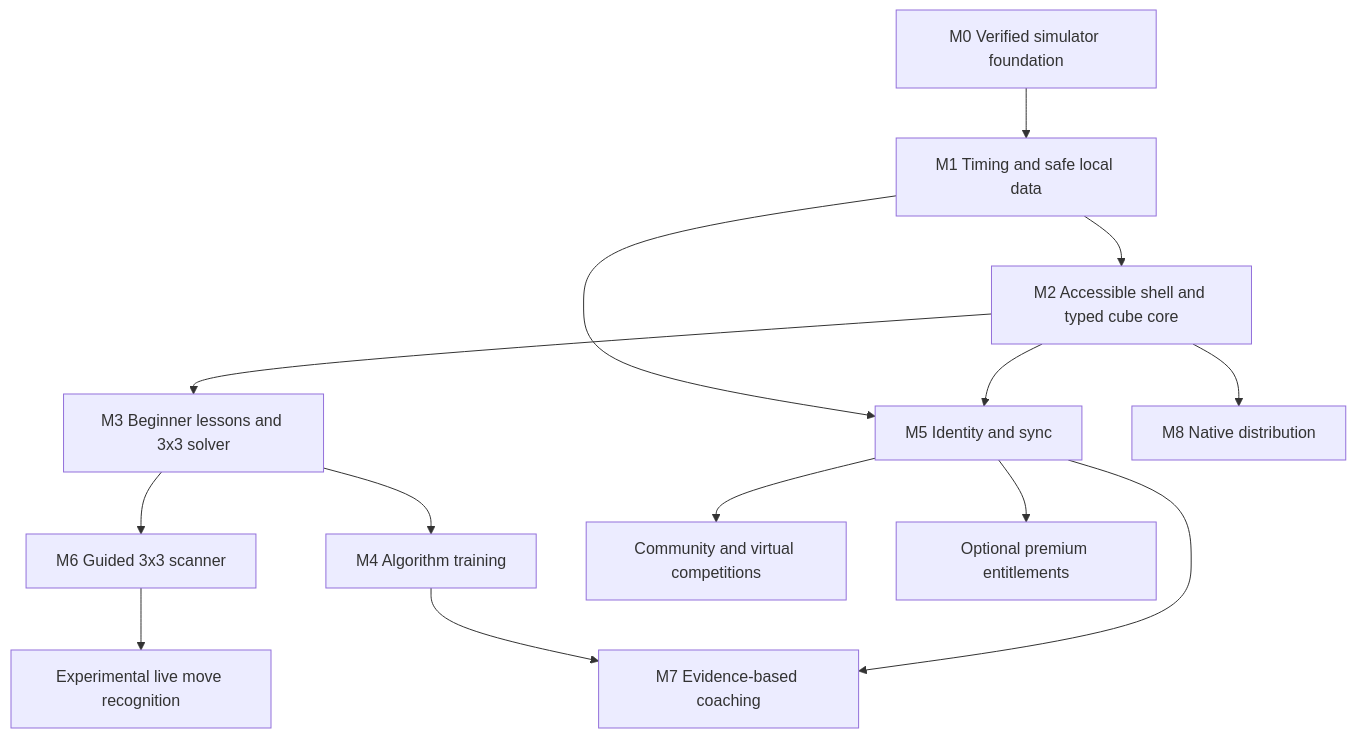
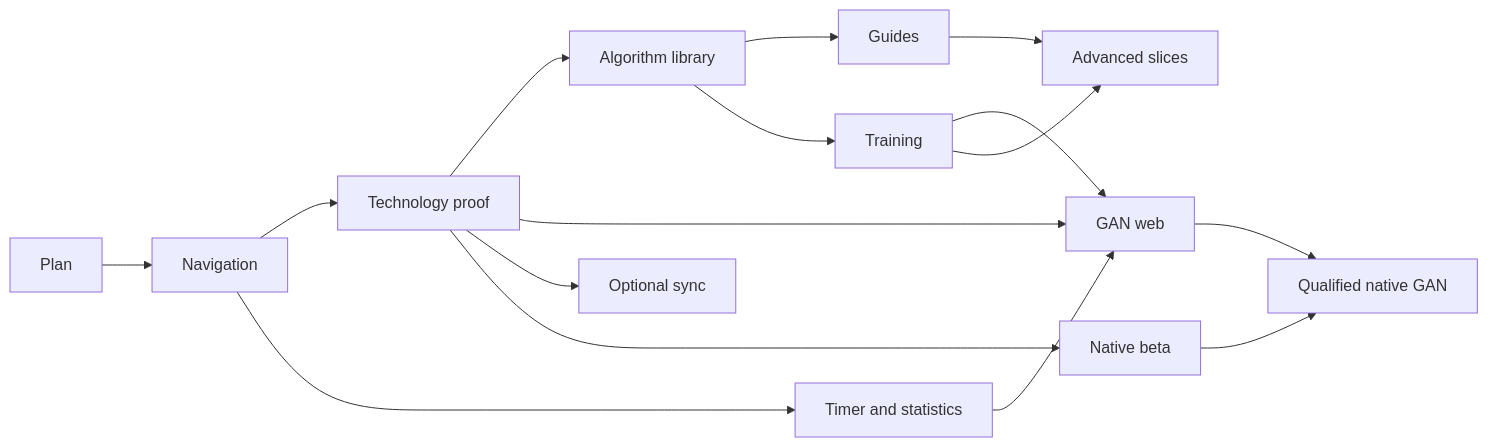
The diagram in docs/architecture/07-delivery.md (RahulSinghParmar/the-cube), drawn with Mermaid before and after one commit. The commit also changed other lines of this file and 11 other files, not shown here.

Commit message:
docs: revise platform architecture and phased build guide

````diff
--- a/docs/architecture/07-delivery.md
+++ b/docs/architecture/07-delivery.md
@@ -5,16 +29,18 @@
 ```mermaid
-flowchart TD
-  M0[M0 Verified simulator foundation] --> M1[M1 Timing and safe local data]
-  M1 --> M2[M2 Accessible shell and typed cube core]
-  M2 --> M3[M3 Beginner lessons and 3x3 solver]
-  M3 --> M4[M4 Algorithm training]
-  M1 --> M5[M5 Identity and sync]
-  M2 --> M5
-  M3 --> M6[M6 Guided 3x3 scanner]
-  M4 --> M7[M7 Evidence-based coaching]
-  M5 --> M7
-  M2 --> M8[M8 Native distribution]
-  M5 --> Community[Community and virtual competitions]
-  M5 --> Billing[Optional premium entitlements]
-  M6 --> Live[Experimental live move recognition]
+flowchart LR
+  P0[Plan] --> P1[Navigation]
+  P1 --> P2[Technology proof]
+  P2 --> P3[Algorithm library]
+  P3 --> P4[Guides]
+  P3 --> P5[Training]
+  P1 --> P6[Timer and statistics]
+  P2 --> P7[GAN web]
+  P5 --> P7
+  P6 --> P7
+  P2 --> P8[Optional sync]
+  P2 --> P9[Native beta]
+  P7 --> NativeBLE[Qualified native GAN]
+  P9 --> NativeBLE
+  P4 --> P10[Advanced slices]
+  P5 --> P10
 ```
````
